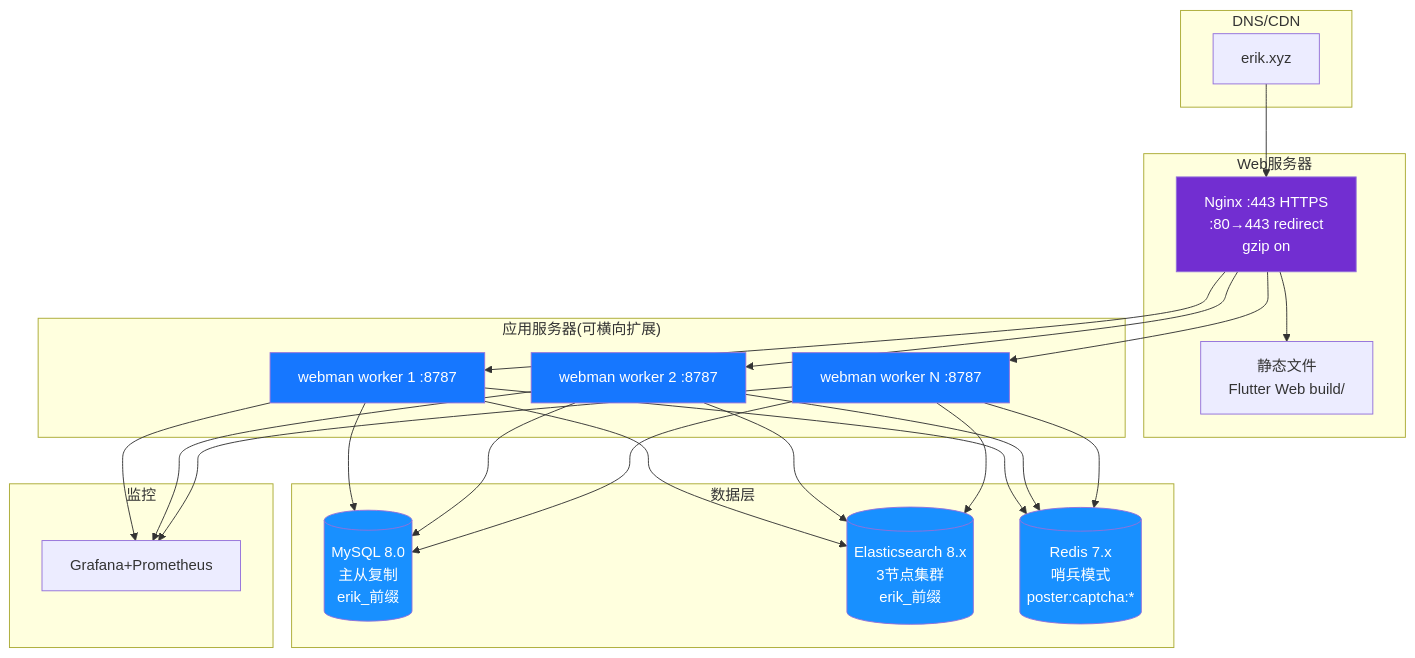
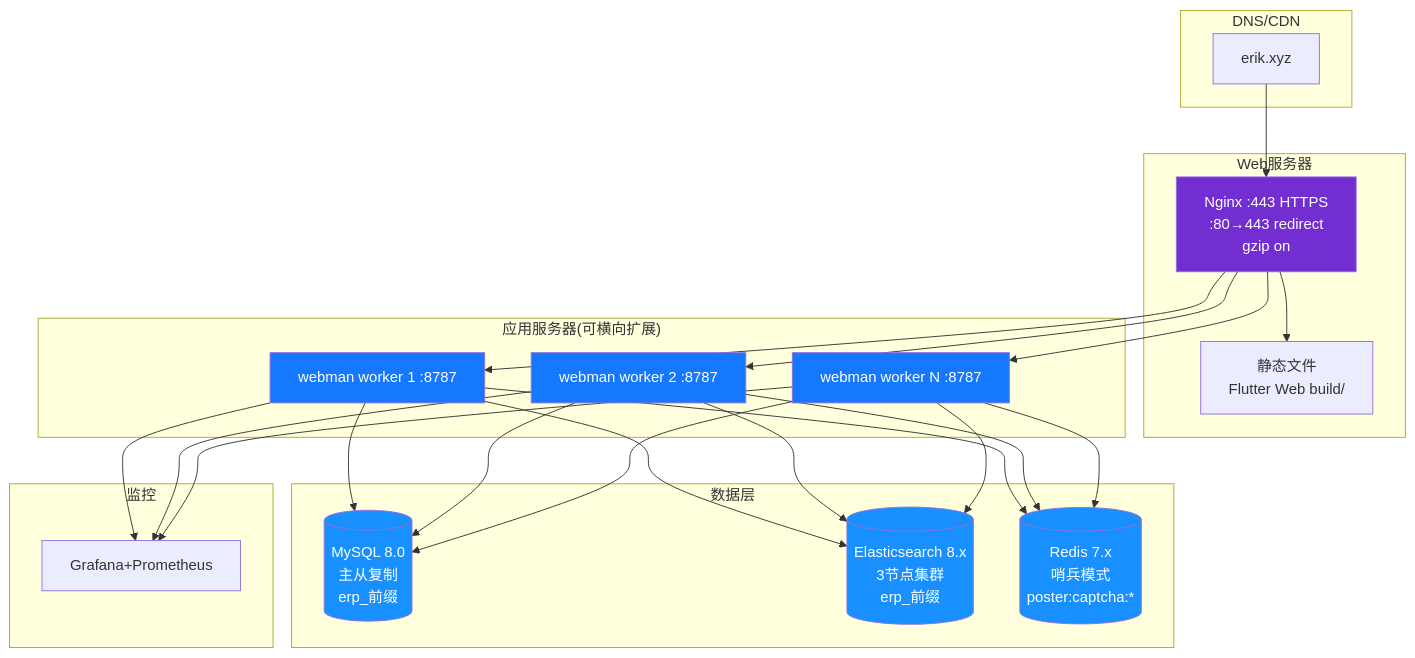
The diagram in docs/i18n/ko/diagrams/12-deployment.md (erikwang2013/erp-php), drawn with Mermaid before and after one commit. The commit also changed 449 other files, not shown here.

First line of the commit message:
全局命名统一：数据库 erp、表前缀 erp_、Redis 前缀 erp:（原 erik_/open_admin）

````diff
--- a/docs/i18n/ko/diagrams/12-deployment.md
+++ b/docs/i18n/ko/diagrams/12-deployment.md
@@ -3,45 +3,45 @@
 ```mermaid
 flowchart TB
     subgraph dns["DNS/CDN"]
         domain["erik.xyz"]
     end
 
     subgraph web["Web服务器"]
         nginx["Nginx :443 HTTPS<br/>:80→443 redirect<br/>gzip on"]
         static["静态文件<br/>Flutter Web build/"]
     end
 
     subgraph app["应用服务器(可横向扩展)"]
         wm1["webman worker 1 :8787"]
         wm2["webman worker 2 :8787"]
         wm3["webman worker N :8787"]
     end
 
     subgraph data["数据层"]
-        mysql[("MySQL 8.0<br/>主从复制<br/>erik_前缀")]
-        es[("Elasticsearch 8.x<br/>3节点集群<br/>erik_前缀")]
+        mysql[("MySQL 8.0<br/>主从复制<br/>erp_前缀")]
+        es[("Elasticsearch 8.x<br/>3节点集群<br/>erp_前缀")]
         redis[("Redis 7.x<br/>哨兵模式<br/>poster:captcha:*")]
     end
 
     subgraph monitor["监控"]
         grafana["Grafana+Prometheus"]
     end
 
     domain --> nginx
     nginx --> static
     nginx --> wm1
     nginx --> wm2
     nginx --> wm3
     wm1 & wm2 & wm3 --> mysql
     wm1 & wm2 & wm3 --> es
     wm1 & wm2 & wm3 --> redis
     wm1 & wm2 & wm3 --> grafana
 
     style nginx fill:#722ED1,color:#fff
     style wm1 fill:#1677FF,color:#fff
     style wm2 fill:#1677FF,color:#fff
     style wm3 fill:#1677FF,color:#fff
     style mysql fill:#1890FF,color:#fff
     style es fill:#1890FF,color:#fff
     style redis fill:#1890FF,color:#fff
 ```
````
